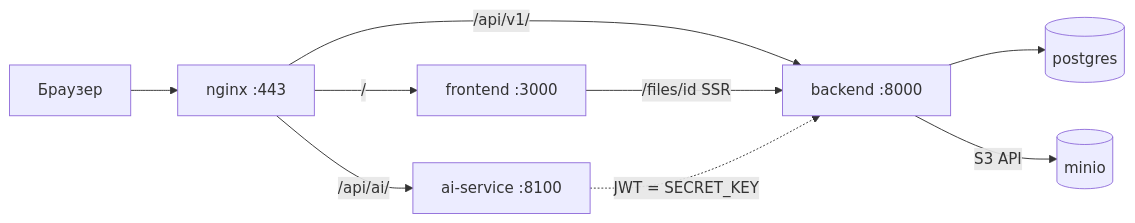
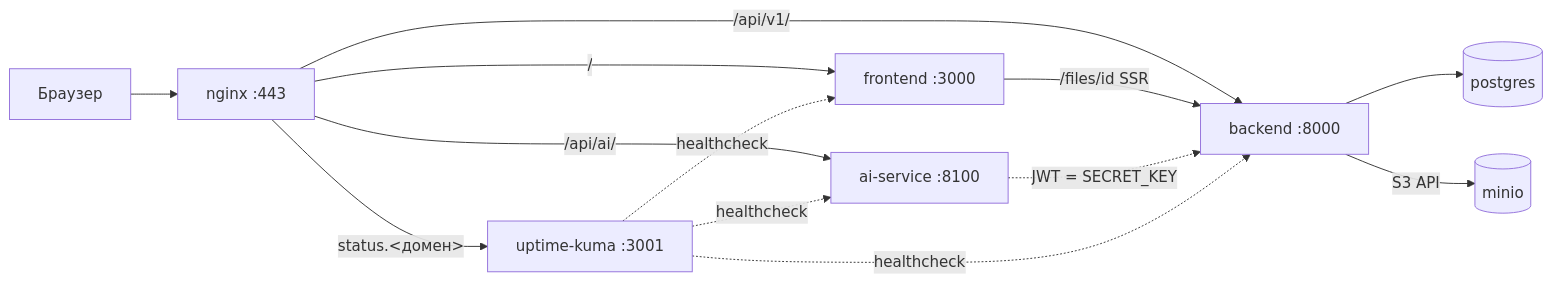
Before and after one commit to ds-testkit/deploy: the diagram in README.md, drawn with Mermaid. The commit also changed other lines of this file, not shown here.

````diff
--- a/README.md
+++ b/README.md
@@ -7,19 +7,24 @@
 ```mermaid
 flowchart LR
   browser[Браузер]
   nginx[nginx :443]
   fe[frontend :3000]
   be[backend :8000]
   ai[ai-service :8100]
   pg[(postgres)]
   s3[(minio)]
+  kuma[uptime-kuma :3001]
 
   browser --> nginx
   nginx -->|/| fe
   nginx -->|/api/v1/| be
   nginx -->|/api/ai/| ai
+  nginx -->|status.<домен>| kuma
   fe -->|/files/id SSR| be
   be --> pg
   be -->|S3 API| s3
   ai -.->|JWT = SECRET_KEY| be
+  kuma -.->|healthcheck| fe
+  kuma -.->|healthcheck| be
+  kuma -.->|healthcheck| ai
 ```
````
